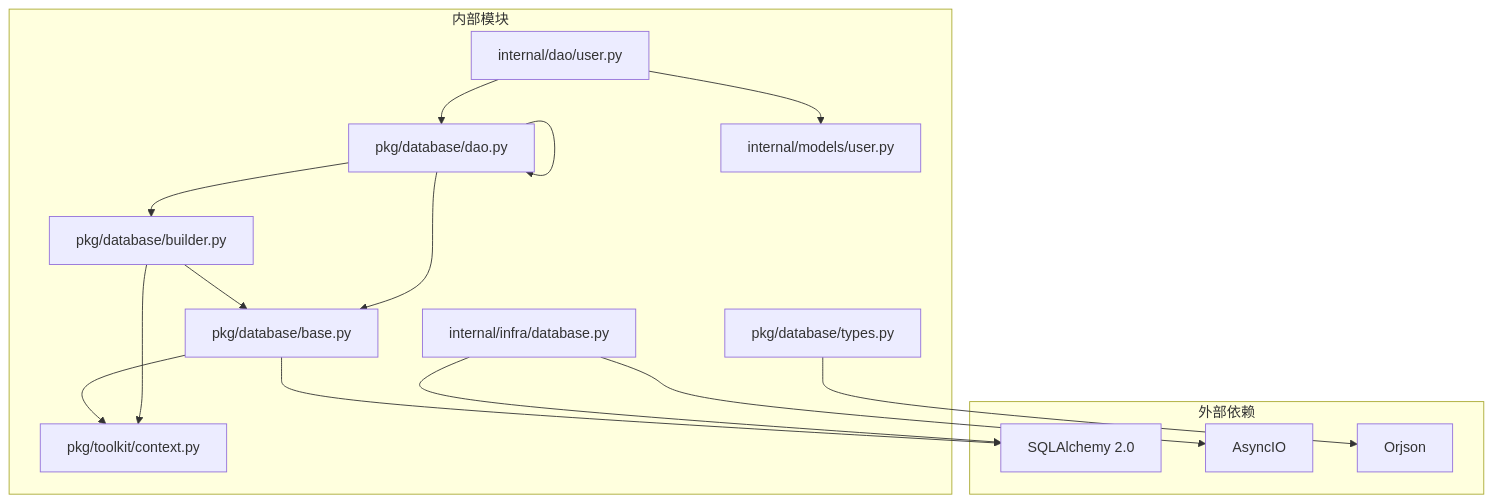
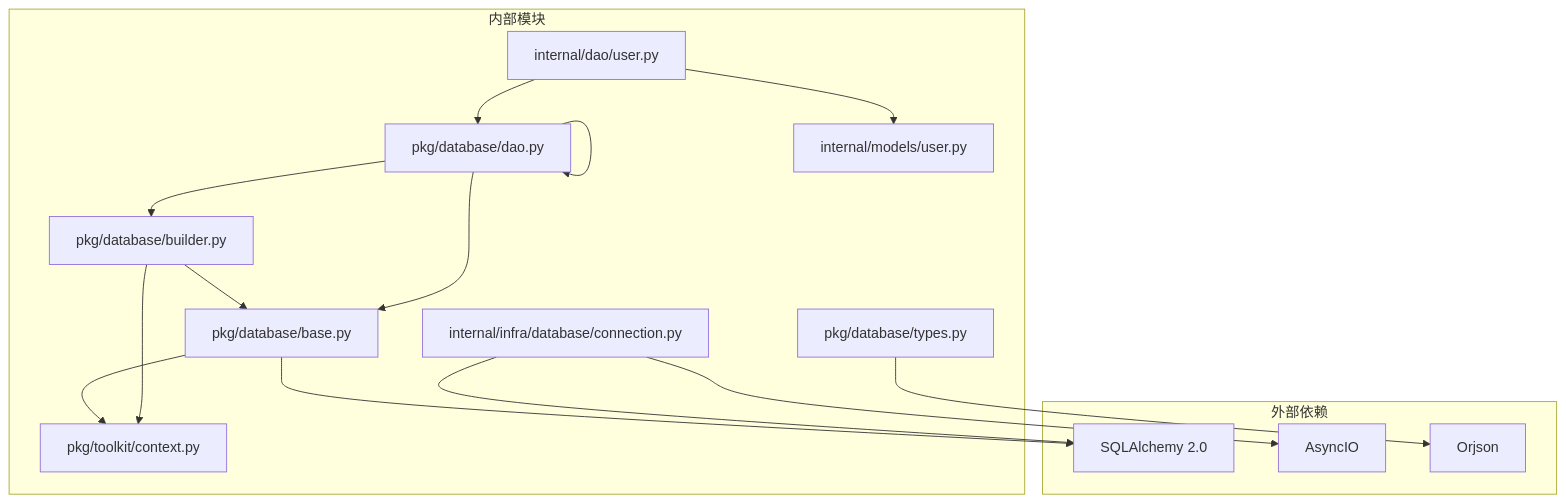
One commit to lilinzezzzzzz/fastapi-backend changed diagram 11 of 11 in .qoder/repowiki/zh/content/数据访问层/通用DAO基类.md. Above: the diagram before and after it, drawn with Mermaid. The commit also changed other lines of this file and 38 other files, not shown here.

````diff
--- a/.qoder/repowiki/zh/content/数据访问层/通用DAO基类.md
+++ b/.qoder/repowiki/zh/content/数据访问层/通用DAO基类.md
@@ -377,30 +503,30 @@
 ```mermaid
 graph TB
 subgraph "外部依赖"
 SQLAlchemy[SQLAlchemy 2.0]
 AsyncIO[AsyncIO]
 Orjson[Orjson]
 end
 subgraph "内部模块"
 BaseDAO[pkg/database/dao.py]
 BaseModel[pkg/database/base.py]
 QueryBuilder[pkg/database/builder.py]
 JSONTypes[pkg/database/types.py]
 Context[pkg/toolkit/context.py]
 UserDAO[internal/dao/user.py]
 UserModel[internal/models/user.py]
-DBInfra[internal/infra/database.py]
+DBInfra[internal/infra/database/connection.py]
 end
 BaseDAO --> BaseDAO
 BaseDAO --> QueryBuilder
 BaseDAO --> BaseModel
 QueryBuilder --> BaseModel
 QueryBuilder --> Context
 JSONTypes --> Orjson
 UserDAO --> BaseDAO
 UserDAO --> UserModel
 DBInfra --> SQLAlchemy
 DBInfra --> AsyncIO
 BaseModel --> SQLAlchemy
 BaseModel --> Context
 ```
````
